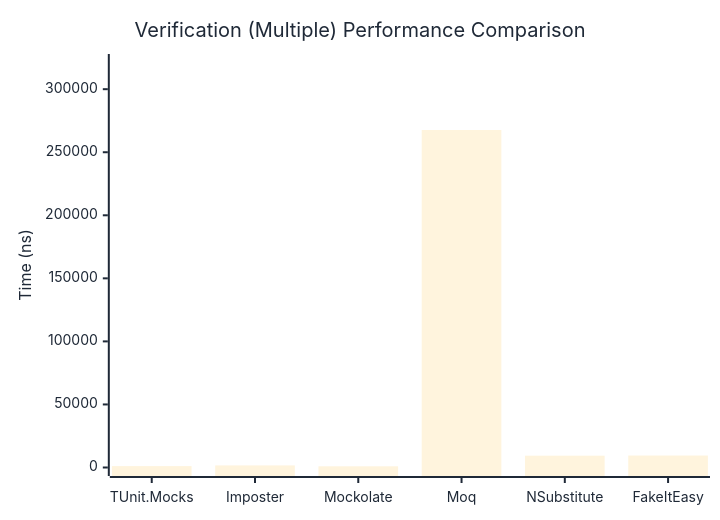
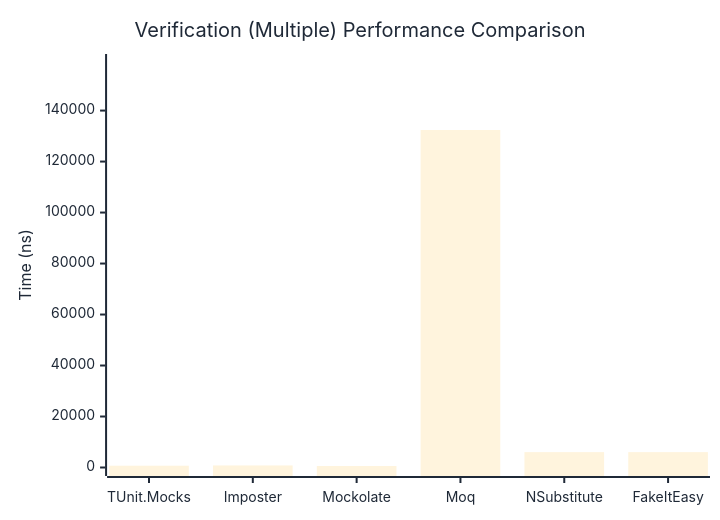
Before and after one commit to thomhurst/TUnit: the third of 3 diagrams in docs/docs/benchmarks/mocks/Verification.md, drawn with Mermaid. The commit also changed other lines of this file and 14 other files, not shown here.

````diff
--- a/docs/docs/benchmarks/mocks/Verification.md
+++ b/docs/docs/benchmarks/mocks/Verification.md
@@ -112,27 +112,27 @@
 ```mermaid
 %%{init: {
   'theme':'base',
   'themeVariables': {
     'primaryColor': '#2563eb',
     'primaryTextColor': '#1f2937',
     'primaryBorderColor': '#1e40af',
     'lineColor': '#6b7280',
     'secondaryColor': '#7c3aed',
     'tertiaryColor': '#dc2626',
     'background': '#ffffff',
     'pie1': '#2563eb',
     'pie2': '#7c3aed',
     'pie3': '#dc2626',
     'pie4': '#f59e0b',
     'pie5': '#10b981',
     'pie6': '#06b6d4',
     'pie7': '#ec4899',
     'pie8': '#6366f1'
   }
 }}%%
 xychart-beta
   title "Verification (Multiple) Performance Comparison"
   x-axis ["TUnit.Mocks", "Imposter", "Mockolate", "Moq", "NSubstitute", "FakeItEasy"]
-  y-axis "Time (ns)" 0 --> 321160
-  bar [1101.59, 1655.42, 945.2, 267633.17, 9368.3, 9486.26]
+  y-axis "Time (ns)" 0 --> 158856
+  bar [707.71, 800.27, 593.95, 132379.8, 6026.27, 6032]
 ```
````
